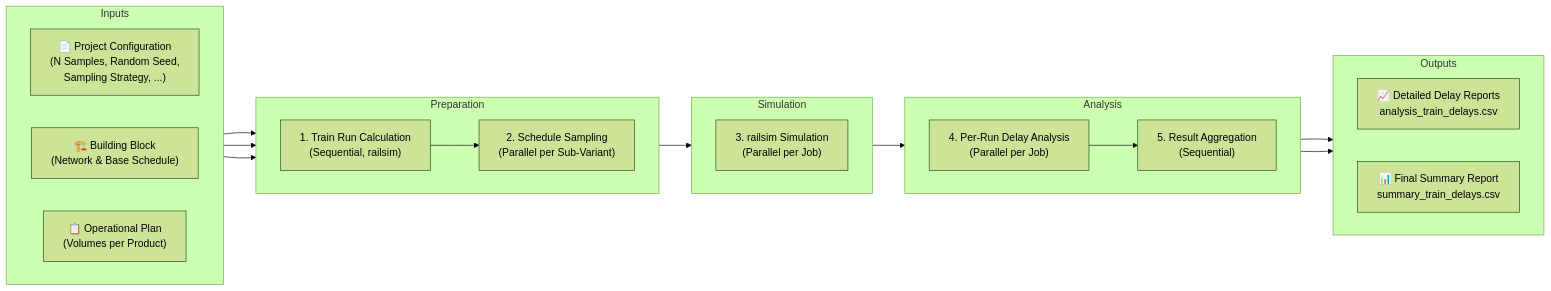
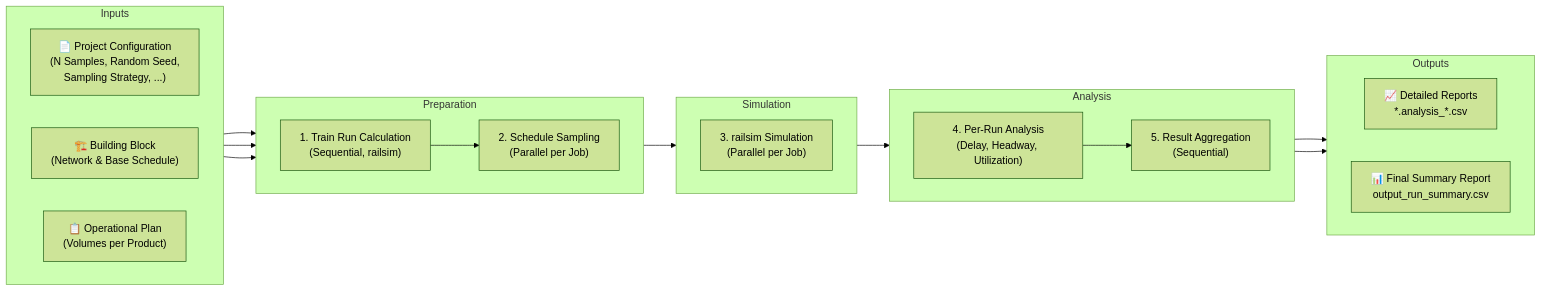
The diagram in README.md (SchweizerischeBundesbahnen/railsim-experiments), drawn with Mermaid (forest theme) before and after one commit. The commit also changed other lines of this file and 1 other file, not shown here.

````diff
--- a/README.md
+++ b/README.md
@@ -30,46 +30,46 @@
 ```mermaid
 graph LR
     %% Phase 1: Inputs
     subgraph Inputs
         direction LR
         A["📄 Project Configuration<br/>(N Samples, Random Seed,<br/>Sampling Strategy, ...)"]:::input
         B["🏗️ Building Block<br/>(Network & Base Schedule)"]:::input
         C["📋 Operational Plan<br/>(Volumes per Product)"]:::input
     end
 
     %% Phase 2: Preparation
     subgraph Preparation
         direction LR
         D["1. Train Run Calculation<br/>(Sequential, railsim)"]:::process
-        E["2. Schedule Sampling<br/>(Parallel per Sub-Variant)"]:::parallel
+        E["2. Schedule Sampling<br/>(Parallel per Job)"]:::parallel
     end
     
     %% Phase 3: Simulation
     subgraph Simulation
         direction LR
         F["3. railsim Simulation<br/>(Parallel per Job)"]:::parallel
     end
 
     %% Phase 4: Analysis (Post-Processing)
     subgraph Analysis
         direction LR
-        G["4. Per-Run Delay Analysis<br/>(Parallel per Job)"]:::parallel
+        G["4. Per-Run Analysis<br/>(Delay, Headway, Utilization)"]:::parallel
         H["5. Result Aggregation<br/>(Sequential)"]:::process
     end
 
     %% Phase 5: Outputs
     subgraph Outputs
         direction LR
-        I["📈 Detailed Delay Reports<br/>analysis_train_delays.csv"]:::output
-        J["📊 Final Summary Report<br/>summary_train_delays.csv"]:::output
+        I["📈 Detailed Reports<br/>*.analysis_*.csv"]:::output
+        J["📊 Final Summary Report<br/>output_run_summary.csv"]:::output
     end
 
     %% Define the connections between all phases
     A & B & C --> D
     D --> E
     E --> F
     F --> G
     G --> H
     G --> I
     H --> J
 ```
````
